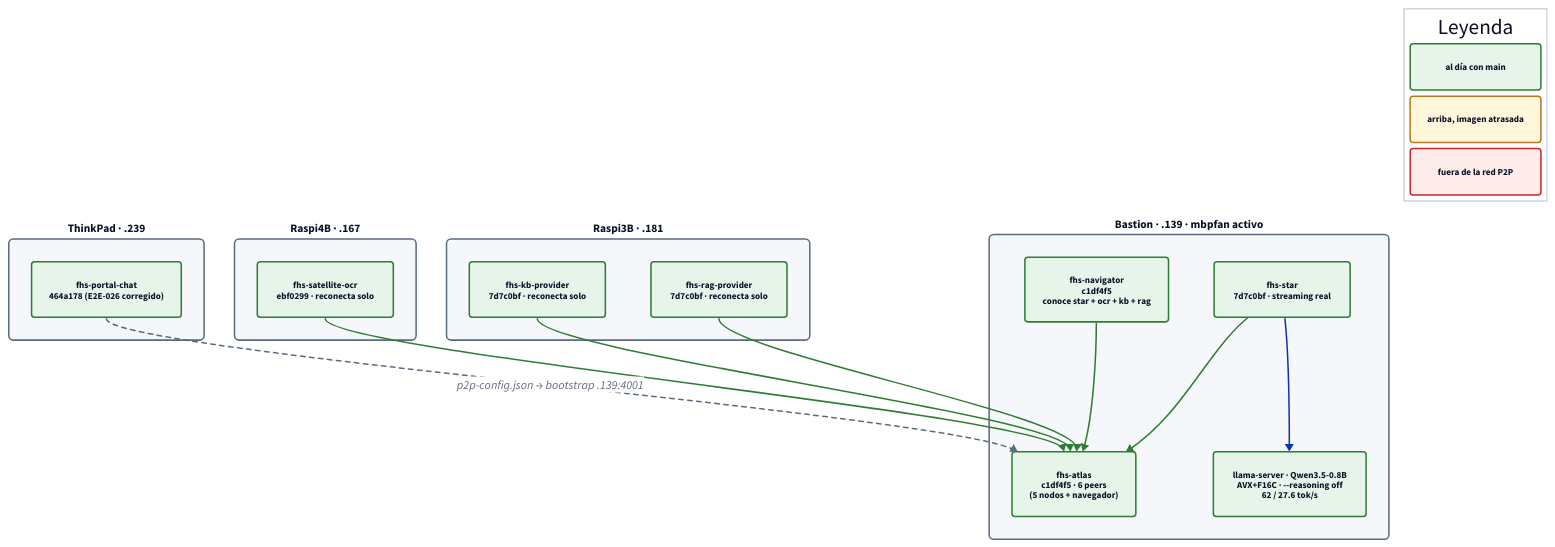
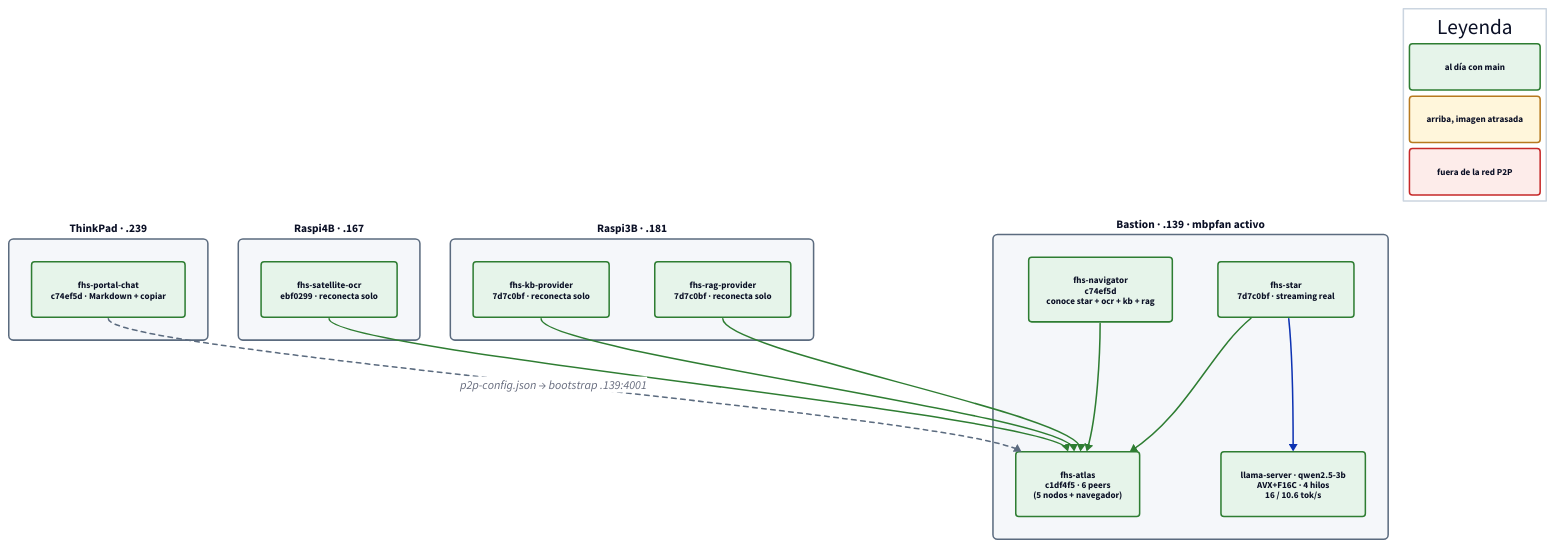
Before and after one commit to rafex/galaxIA-gitops: the diagram in docs/diagramas/estado-actual.d2, drawn with D2. The commit also changed 5 other files, not shown here.

First line of the commit message:
docs: estado de la PoC con qwen2.5-3b, OCR alcanzable y portal con Markdown

```diff
--- a/docs/diagramas/estado-actual.d2
+++ b/docs/diagramas/estado-actual.d2
@@ -1,102 +1,102 @@
-# Estado observado de la PoC — snapshot 2026-09-26 22:13 (CST)
+# Estado observado de la PoC — snapshot 2026-09-26 23:47 (CST)
 # Se actualiza a mano junto con docs/estado-poc.md.
 # Regenerar: scripts/render-diagramas.sh
 
 direction: down
 
 classes: {
   host: {
     style: {
       fill: "#F5F7FA"
       stroke: "#5B6B7F"
       border-radius: 6
       font-size: 15
       bold: true
     }
   }
   ok: {
     style: {
       fill: "#E6F4EA"
       stroke: "#2E7D32"
       border-radius: 4
       font-size: 12
     }
   }
   viejo: {
     style: {
       fill: "#FFF6DB"
       stroke: "#B7791F"
       border-radius: 4
       font-size: 12
     }
   }
   caido: {
     style: {
       fill: "#FDECEA"
       stroke: "#C62828"
       stroke-width: 2
       border-radius: 4
       font-size: 12
     }
   }
   enlace: {
     style: {
       stroke: "#2E7D32"
       stroke-width: 2
     }
   }
   roto: {
     style: {
       stroke: "#C62828"
       stroke-width: 2
       stroke-dash: 5
       font-color: "#C62828"
     }
   }
 }
 
 leyenda: "Leyenda" {
   near: top-right
   style.fill: "#FFFFFF"
   style.stroke: "#CBD5E0"
   grid-columns: 1
   grid-gap: 8
   a: "al día con main" {class: ok}
   b: "arriba, imagen atrasada" {class: viejo}
   c: "fuera de la red P2P" {class: caido}
 }
 
 thinkpad: "ThinkPad · .239" {
   class: host
-  portal: "fhs-portal-chat\n464a178 (E2E-026 corregido)" {class: ok}
+  portal: "fhs-portal-chat\nc74ef5d · Markdown + copiar" {class: ok}
 }
 
 bastion: "Bastion · .139 · mbpfan activo" {
   class: host
   atlas: "fhs-atlas\nc1df4f5 · 6 peers\n(5 nodos + navegador)" {class: ok}
-  navigator: "fhs-navigator\nc1df4f5\nconoce star + ocr + kb + rag" {class: ok}
+  navigator: "fhs-navigator\nc74ef5d\nconoce star + ocr + kb + rag" {class: ok}
   star: "fhs-star\n7d7c0bf · streaming real" {class: ok}
-  llama: "llama-server · Qwen3.5-0.8B\nAVX+F16C · --reasoning off\n62 / 27.6 tok/s" {class: ok}
+  llama: "llama-server · qwen2.5-3b\nAVX+F16C · 4 hilos\n16 / 10.6 tok/s" {class: ok}
   star -> llama
 }
 
 raspi3b: "Raspi3B · .181" {
   class: host
   kb: "fhs-kb-provider\n7d7c0bf · reconecta solo" {class: ok}
   rag: "fhs-rag-provider\n7d7c0bf · reconecta solo" {class: ok}
 }
 
 raspi4b: "Raspi4B · .167" {
   class: host
   ocr: "fhs-satellite-ocr\nebf0299 · reconecta solo" {class: ok}
 }
 
 bastion.navigator -> bastion.atlas {class: enlace}
 bastion.star -> bastion.atlas {class: enlace}
 raspi3b.kb -> bastion.atlas {class: enlace}
 raspi3b.rag -> bastion.atlas {class: enlace}
 raspi4b.ocr -> bastion.atlas {class: enlace}
 thinkpad.portal -> bastion.atlas: "p2p-config.json → bootstrap .139:4001" {
   style.stroke: "#5B6B7F"
   style.stroke-dash: 3
 }
```
